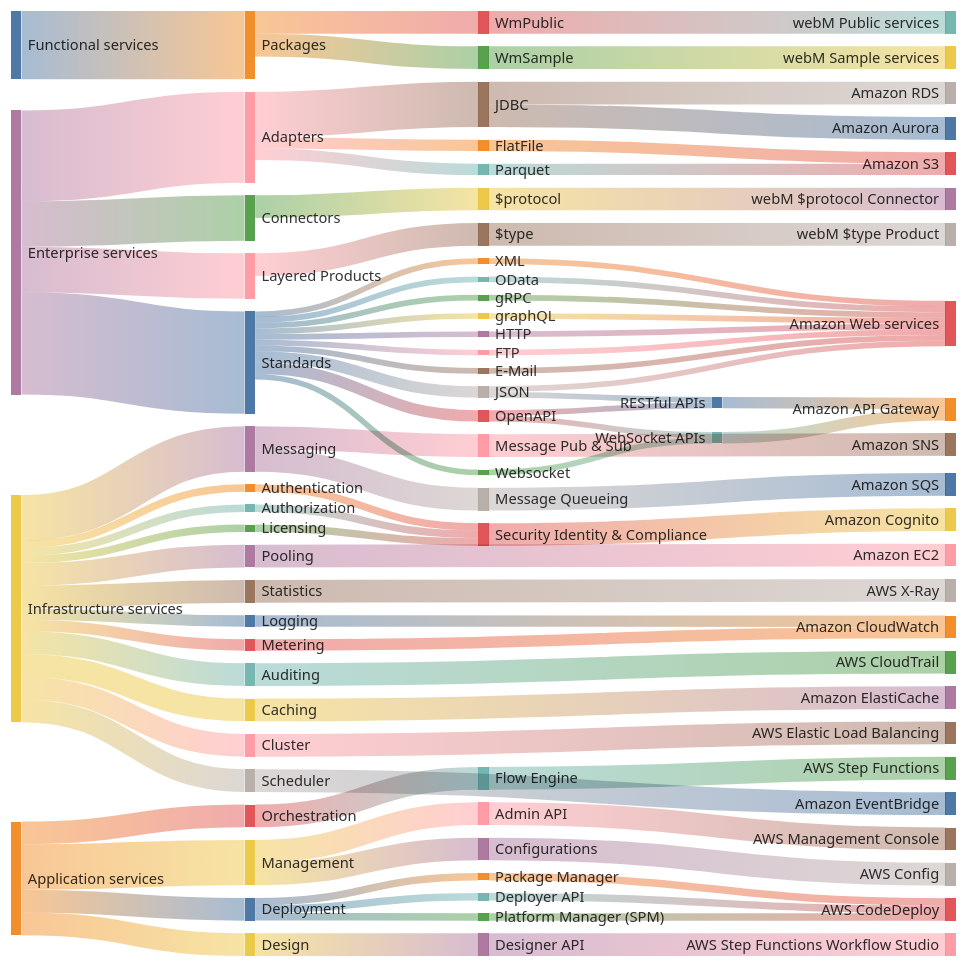
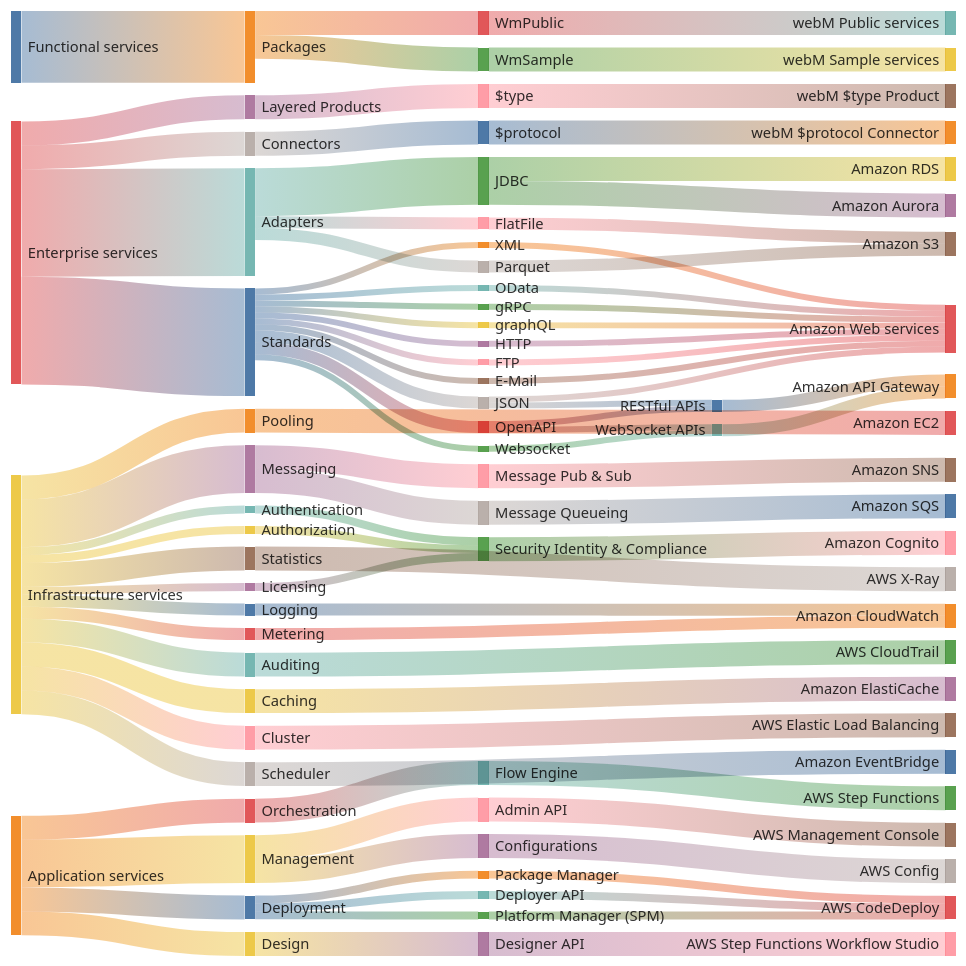
One commit to t-ibm/didymus changed the diagram in app/src/doc/templates/microservicesBuildingBlocks.mmd. Above: the diagram before and after it, drawn with Mermaid.

Commit message:
Updating the building blocks diagram

```diff
--- a/app/src/doc/templates/microservicesBuildingBlocks.mmd
+++ b/app/src/doc/templates/microservicesBuildingBlocks.mmd
@@ -1,101 +1,101 @@
 ---
 config:
   sankey:
     width: 900
     height: 900
     showValues: false
 ---
 sankey-beta
 Functional services,Packages,6
 Packages,WmPublic,2
 WmPublic,webM Public services,2
 Packages,WmSample,2
 WmSample,webM Sample services,2
 
-Enterprise services,Adapters,8
+Layered Products,"$type",2
+"$type","webM $type Product",2
+Connectors,"$protocol",2
+"$protocol","webM $protocol Connector",2
+Enterprise services,Layered Products,2
+Enterprise services,Adapters,9
 Adapters,JDBC,4
 JDBC,Amazon RDS,2
 JDBC,Amazon Aurora,2
 Adapters,FlatFile,1
 FlatFile,Amazon S3,1
 Adapters,Parquet,1
 Parquet,Amazon S3,1
-Enterprise services,Connectors,4
-Connectors,"$protocol",2
-"$protocol","webM $protocol Connector",2
-Enterprise services,Layered Products,4
-Layered Products,"$type",2
-"$type","webM $type Product",2
+Enterprise services,Connectors,2
 Enterprise services,Standards,9
 Standards,XML,0.5
 XML,Amazon Web services,0.5
 Standards,OData,0.5
 OData,Amazon Web services,0.5
 Standards,gRPC,0.5
 gRPC,Amazon Web services,0.5
 Standards,graphQL,0.5
 graphQL,Amazon Web services,0.5
 Standards,HTTP,0.5
 HTTP,Amazon Web services,0.5
 Standards,FTP,0.5
 FTP,Amazon Web services,0.5
 Standards,E-Mail,0.5
 E-Mail,Amazon Web services,0.5
 Standards,JSON,1
 JSON,Amazon Web services,0.5
 JSON,RESTful APIs,0.5
 RESTful APIs,Amazon API Gateway,1
 Standards,OpenAPI,1
 OpenAPI,RESTful APIs,0.5
 OpenAPI,WebSocket APIs,0.5
 Standards,Websocket,0.5
 Websocket,WebSocket APIs,0.5
 WebSocket APIs,Amazon API Gateway,1
 
 Infrastructure services,Messaging,4
 Messaging,Message Pub & Sub,2
 Message Pub & Sub,Amazon SNS,2
 Messaging,Message Queueing,2
 Message Queueing,Amazon SQS,2
+Infrastructure services,Pooling,2
+Pooling,Amazon EC2,2
 Infrastructure services,Authentication,0.66
 Authentication,Security Identity & Compliance,0.66
 Infrastructure services,Authorization,0.66
 Authorization,Security Identity & Compliance,0.66
 Infrastructure services,Licensing,0.66
 Licensing,Security Identity & Compliance,0.66
 Security Identity & Compliance,Amazon Cognito,2
-Infrastructure services,Pooling,2
-Pooling,Amazon EC2,2
 Infrastructure services,Statistics,2
 Statistics,AWS X-Ray,2
 Infrastructure services,Logging,1
 Logging,Amazon CloudWatch,1
 Infrastructure services,Metering,1
 Metering,Amazon CloudWatch,1
 Infrastructure services,Auditing,2
 Auditing,AWS CloudTrail,2
 Infrastructure services,Caching,2
 Caching,Amazon ElastiCache,2
 Infrastructure services,Cluster,2
 Cluster,AWS Elastic Load Balancing,2
 Infrastructure services,Scheduler,2
 Scheduler,Amazon EventBridge,2
 
 Application services,Orchestration,2
 Orchestration,Flow Engine,2
 Flow Engine,AWS Step Functions,2
 Application services,Management,4
 Management,Configurations,2
 Management,Admin API,2
 Admin API,AWS Management Console,2
 Configurations,AWS Config,2
 Application services,Deployment,2
 Deployment,Package Manager,0.66
 Package Manager,AWS CodeDeploy,0.66
 Deployment,Deployer API,0.66
 Deployer API,AWS CodeDeploy,0.66
 Deployment,Platform Manager (SPM),0.66
 Platform Manager (SPM),AWS CodeDeploy,0.66
 Application services,Design,2
 Design,Designer API,2
 Designer API,AWS Step Functions Workflow Studio,2
```
